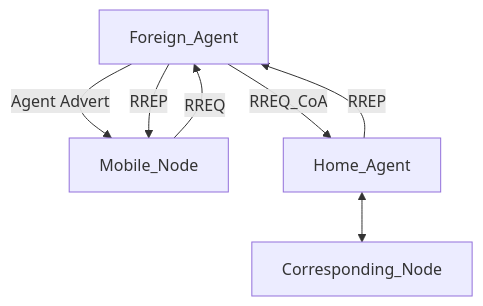
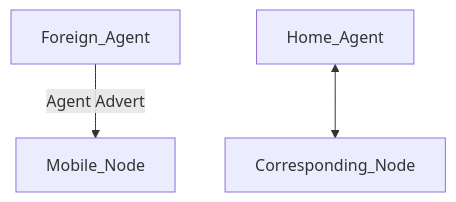
The diagram in README.md (juakali-networks/mip), drawn with Mermaid before and after one commit.

Commit message:
Added diagram to ReadMe

````diff
--- a/README.md
+++ b/README.md
@@ -26,9 +26,5 @@
 ```mermaid
 flowchart TD;
     Foreign_Agent-->|Agent Advert|Mobile_Node;
     Home_Agent<-->Corresponding_Node;
-    Mobile_Node-->|RREQ|Foreign_Agent;
-    Foreign_Agent-->|RREP|Mobile_Node;
-    Foreign_Agent-->|RREQ_CoA|Home_Agent;
-    Home_Agent-->|RREP|Foreign_Agent;
 ```
````
